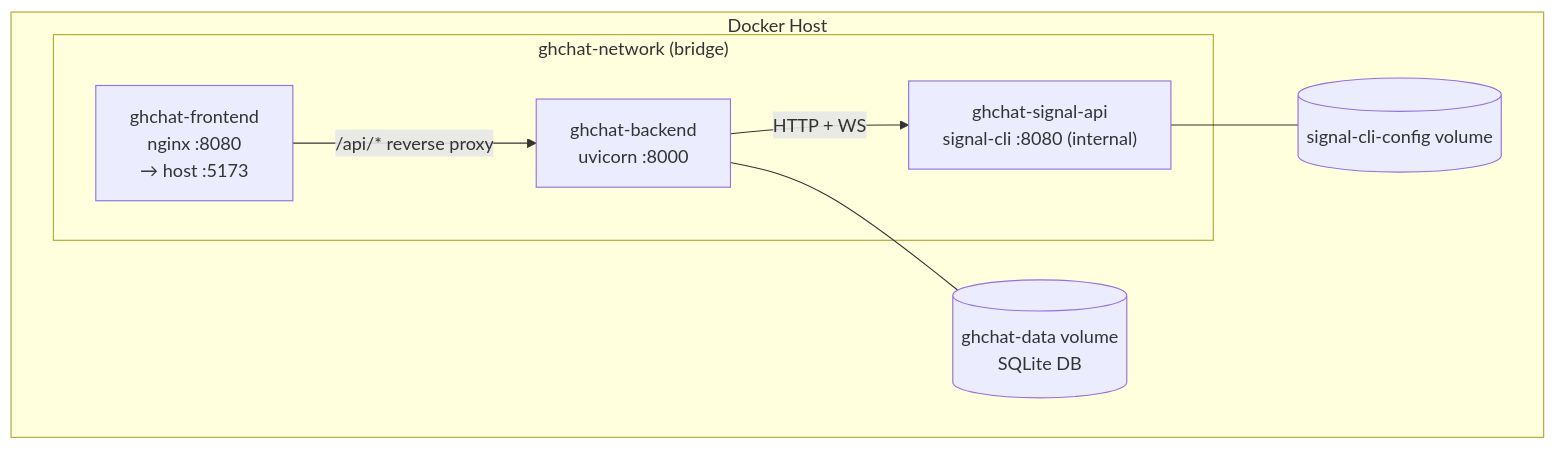
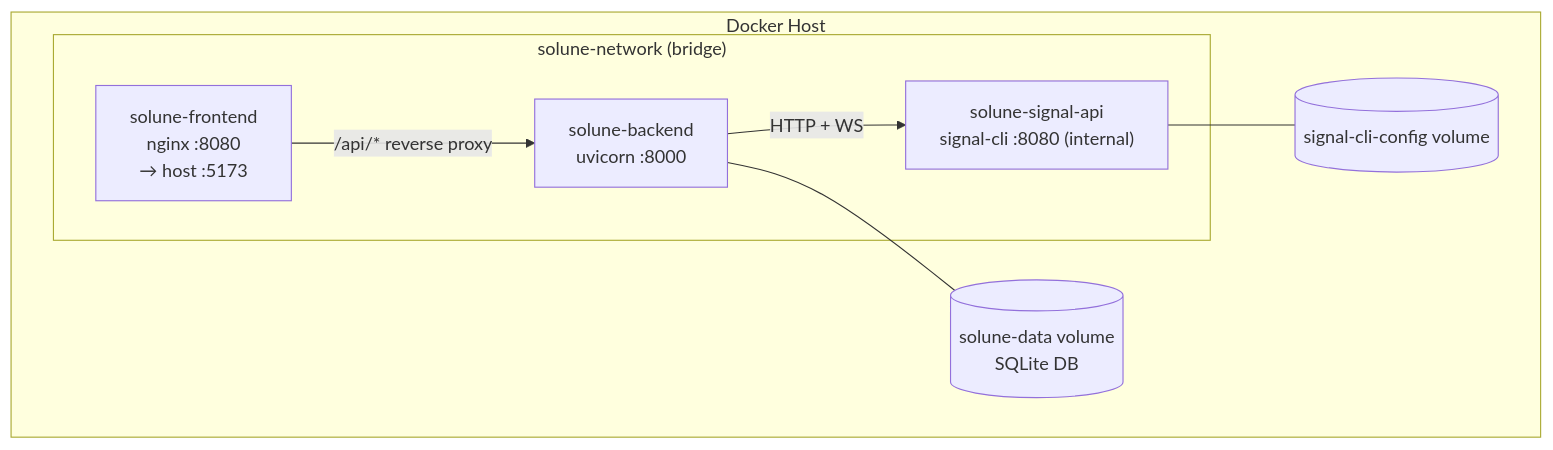
Before and after one commit to Boykai/github-workflows: the diagram in solune/docs/architectures/deployment.mmd, drawn with Mermaid. The commit also changed 7 other files, not shown here.

Commit message:
fix: resolve all CI failures — ruff format, ESLint a11y, dead links, diagrams

```diff
--- a/solune/docs/architectures/deployment.mmd
+++ b/solune/docs/architectures/deployment.mmd
@@ -1,15 +1,15 @@
 graph TB
     subgraph Host["Docker Host"]
-        subgraph Net["ghchat-network (bridge)"]
-            FE["ghchat-frontend<br/>nginx :8080<br/>→ host :5173"]
-            BE["ghchat-backend<br/>uvicorn :8000"]
-            SIG["ghchat-signal-api<br/>signal-cli :8080 (internal)"]
+        subgraph Net["solune-network (bridge)"]
+            FE["solune-frontend<br/>nginx :8080<br/>→ host :5173"]
+            BE["solune-backend<br/>uvicorn :8000"]
+            SIG["solune-signal-api<br/>signal-cli :8080 (internal)"]
         end
-        VOL_DATA[("ghchat-data volume<br/>SQLite DB")]
+        VOL_DATA[("solune-data volume<br/>SQLite DB")]
         VOL_SIG[("signal-cli-config volume")]
     end
 
     FE -- "/api/* reverse proxy" --> BE
     BE -- "HTTP + WS" --> SIG
     BE --- VOL_DATA
     SIG --- VOL_SIG
```
